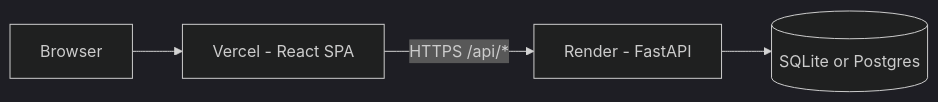
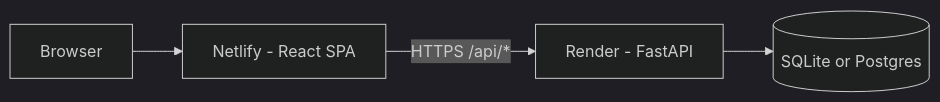
The diagram in DEPLOYMENT.md (sanjayande/plotcrm), drawn with Mermaid (dark theme) before and after one commit. The commit also changed other lines of this file and 1 other file, not shown here.

Commit message:
docs: update deployment configurations to use Netlify and Render

````diff
--- a/DEPLOYMENT.md
+++ b/DEPLOYMENT.md
@@ -166,11 +166,11 @@
 ```mermaid
 flowchart LR
   User[Browser]
-  Vercel[Vercel - React SPA]
+  Netlify[Netlify - React SPA]
   Render[Render - FastAPI]
   DB[(SQLite or Postgres)]
 
-  User --> Vercel
-  Vercel -->|HTTPS /api/*| Render
+  User --> Netlify
+  Netlify -->|HTTPS /api/*| Render
   Render --> DB
 ```
````
